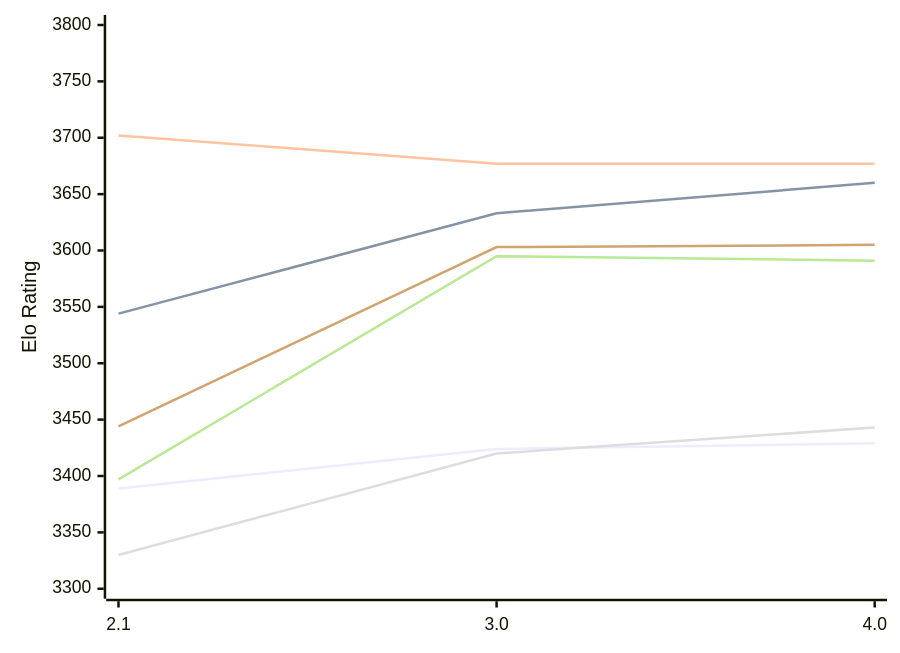
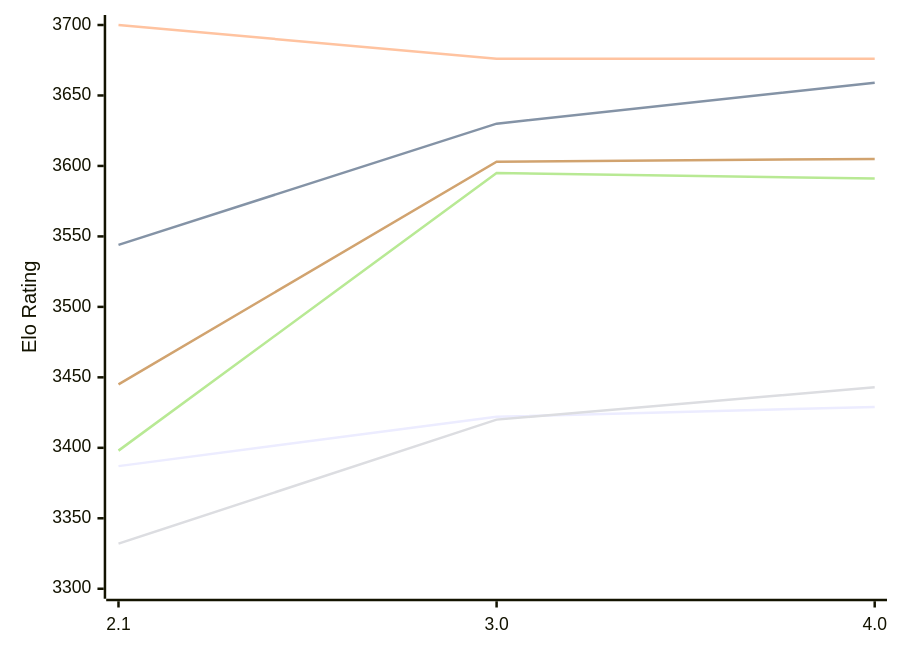
Before and after one commit to computer-chess-index/cci: the first of 2 diagrams in engines/Hobbes.md, drawn with Mermaid. The commit also changed other lines of this file, not shown here.

Commit message:
Update CCI Ratings (ELO VLTC) - 2026-11-28

````diff
--- a/engines/Hobbes.md
+++ b/engines/Hobbes.md
@@ -53,12 +53,12 @@
 ```mermaid
 %%{init: {"theme":"base","themeVariables":{"seriesColors:['#a3a3a3','#222221','#faa371']}}}%%
 xychart-beta
   x-axis ["2.1", "3.0", "4.0"]
-  y-axis "Elo Rating" 3300 --> 3800
-  line "E1: STC (8.0+0.08s)" [3389, 3424, 3429]
-  line "E1: LTC (60.0+0.60s)" [3544, 3633, 3660]
-  line "E1: VLTC (2m24s+1.12s)" [3702, 3677, 3677]
-  line "P1: STC (8.0+0.08s)" [3330, 3420, 3443]
-  line "P1: LTC (60.0+0.60s)" [3397, 3595, 3591]
-  line "P1: VLTC (2m24s+1.12s)" [3444, 3603, 3605]
+  y-axis "Elo Rating" 3300 --> 3700
+  line "E1: STC (8.0+0.08s)" [3387, 3422, 3429]
+  line "E1: LTC (60.0+0.60s)" [3544, 3630, 3659]
+  line "E1: VLTC (2m24s+1.12s)" [3700, 3676, 3676]
+  line "P1: STC (8.0+0.08s)" [3332, 3420, 3443]
+  line "P1: LTC (60.0+0.60s)" [3398, 3595, 3591]
+  line "P1: VLTC (2m24s+1.12s)" [3445, 3603, 3605]
 ```
````
